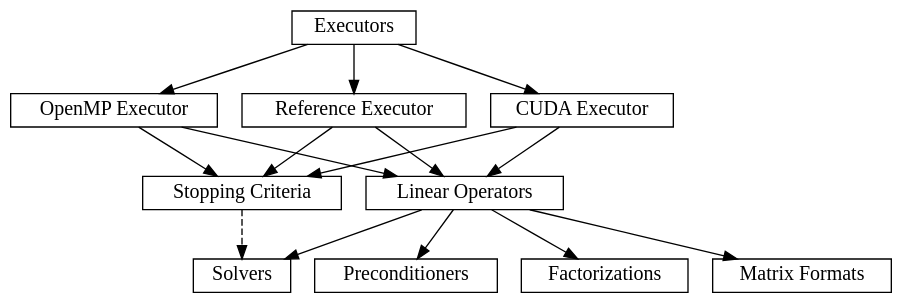
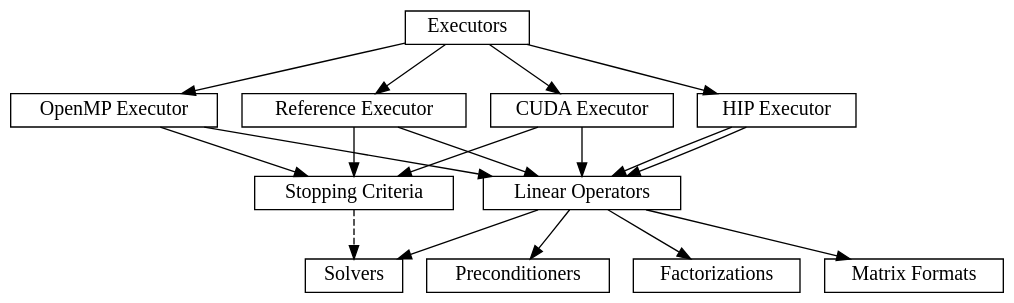
Before and after one commit to ginkgo-project/ginkgo: the diagram in doc/headers/modules.dot, drawn with Graphviz. The commit also changed 5 other files, not shown here.

```diff
--- a/doc/headers/modules.dot
+++ b/doc/headers/modules.dot
@@ -1,37 +1,41 @@
  digraph G
 {
   graph[rankdir="TB",bgcolor="transparent"];
 
   edge [fontname="Times-Roman",fontsize=15,labelfontname="Times-Roman",labelfontsize=14];
   node [fontname="Times-Roman",fontsize=15,
         shape=record,height=0.2,width=0.4,
         color="black", fillcolor="white", style="filled"];
 
   exec [label="Executors",URL="\ref Executor"];
   omp [label="OpenMP Executor",URL="\ref exec_omp "];
   ref [label="Reference Executor",URL="\ref exec_ref"];
   cuda [label="CUDA Executor",URL="\ref exec_cuda"];
+  hip [label="HIP Executor",URL="\ref exec_hip"];
   linop [label="Linear Operators",URL="\ref LinOp"];
   solvers [label="Solvers",URL="\ref solvers"];
   precond [label="Preconditioners",URL="\ref precond"];
   factor [label="Factorizations",URL="\ref factor"];
   matformat [label="Matrix Formats",URL="\ref mat_formats "];
   // log [label="Logging",URL="\ref log"];
   stop [label="Stopping Criteria",URL="\ref stop"];
 
   // log -> exec [color="black",fontsize=14,style="solid",fontname="Times-Roman"];
   exec -> ref [color="black",fontsize=14,style="solid",fontname="Times-Roman"];
   exec -> cuda[color="black",fontsize=14,style="solid",fontname="Times-Roman"];
+  exec -> hip[color="black",fontsize=14,style="solid",fontname="Times-Roman"];
   exec -> omp [color="black",fontsize=14,style="solid",fontname="Times-Roman"];
   omp -> linop [color="black",fontsize=14,style="solid",fontname="Times-Roman"];
   cuda -> linop [color="black",fontsize=14,style="solid",fontname="Times-Roman"];
+  hip -> linop [color="black",fontsize=14,style="solid",fontname="Times-Roman"];
   ref -> linop [color="black",fontsize=14,style="solid",fontname="Times-Roman"];
   omp -> stop [color="black",fontsize=14,style="solid",fontname="Times-Roman"];
   cuda -> stop [color="black",fontsize=14,style="solid",fontname="Times-Roman"];
+  hip -> linop [color="black",fontsize=14,style="solid",fontname="Times-Roman"];
   ref -> stop [color="black",fontsize=14,style="solid",fontname="Times-Roman"];
   linop -> matformat [color="black",fontsize=14,style="solid",fontname="Times-Roman"];
   linop -> solvers [color="black",fontsize=14,style="solid",fontname="Times-Roman"];
   linop -> precond [color="black",fontsize=14,style="solid",fontname="Times-Roman"];
   linop -> factor [color="black",fontsize=14,style="solid",fontname="Times-Roman"];
   stop -> solvers [color="black",fontsize=14,style="dashed",fontname="Times-Roman"];
 }
```
